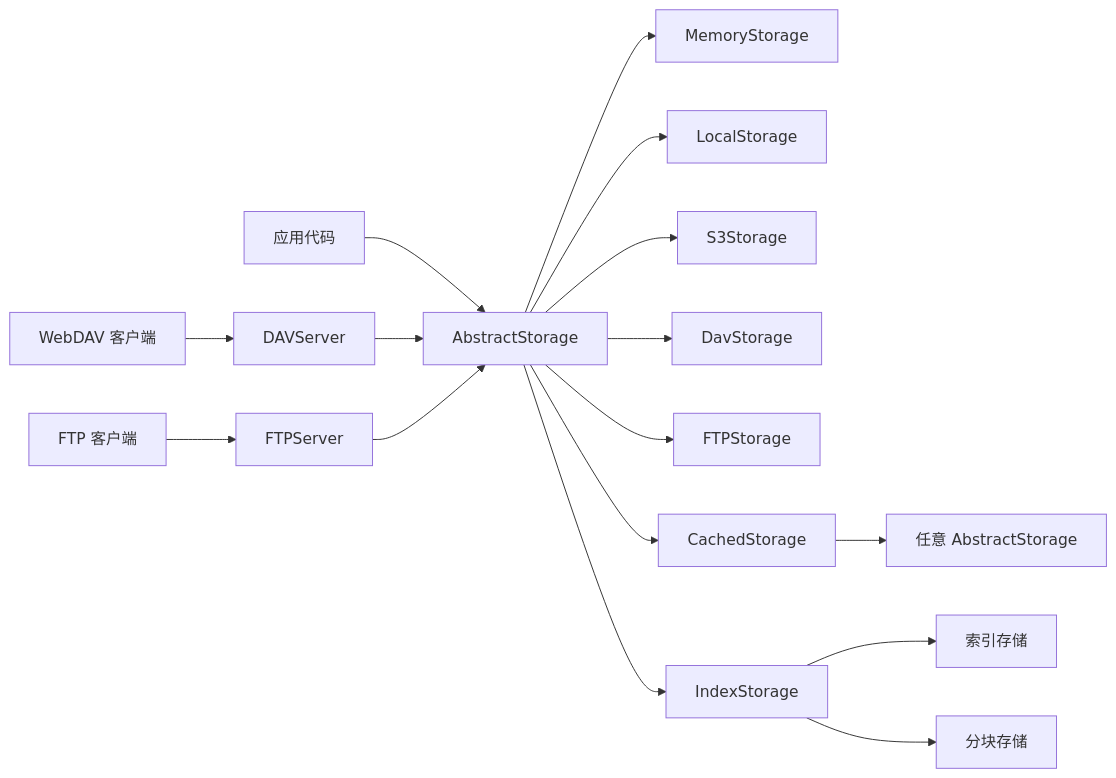
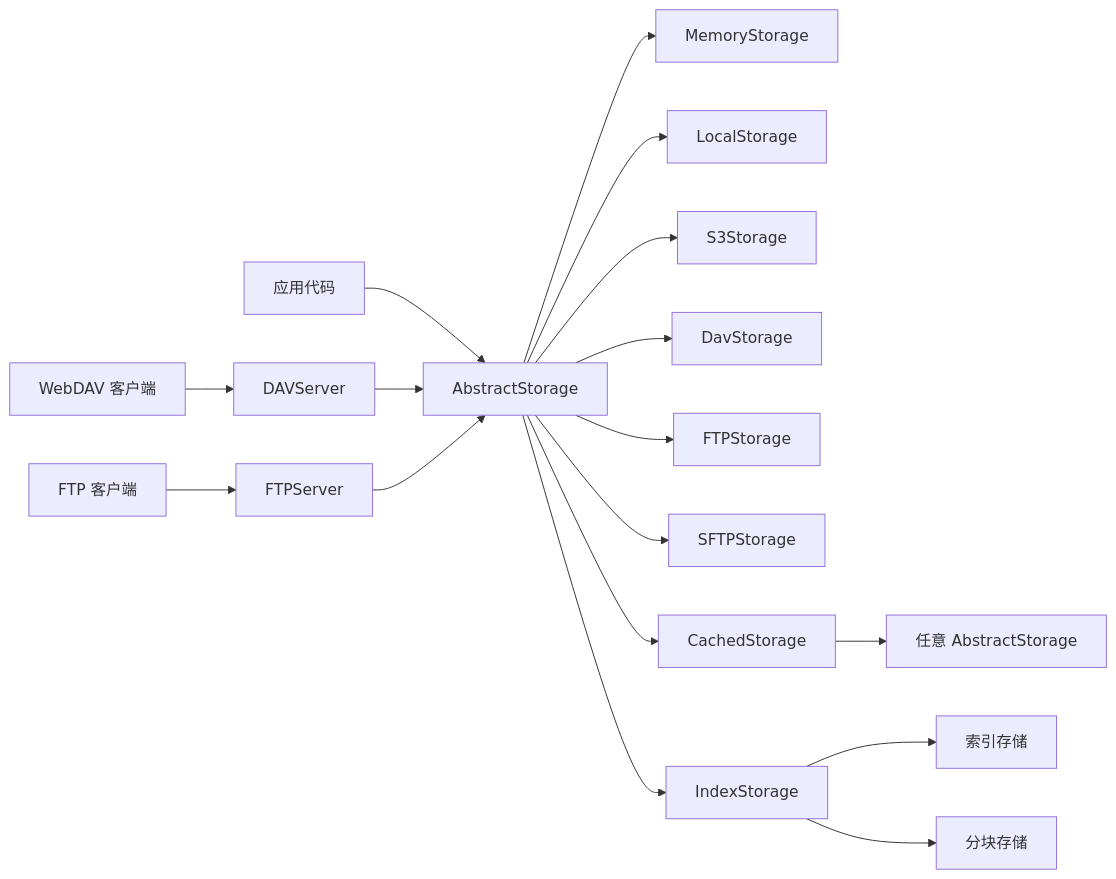
One commit to wyf7685/storegate changed the diagram in README.md. Above: the diagram before and after it, drawn with Mermaid. The commit also changed other lines of this file and 21 other files, not shown here.

Commit message:
feat(storage): add SFTP backend

````diff
--- a/README.md
+++ b/README.md
@@ -20,20 +20,21 @@
 ```mermaid
 flowchart LR
     Client[应用代码] --> Storage[AbstractStorage]
     DAVUser[WebDAV 客户端] --> DAVServer[DAVServer]
     FTPUser[FTP 客户端] --> FTPServer[FTPServer]
     DAVServer --> Storage
     FTPServer --> Storage
 
     Storage --> Memory[MemoryStorage]
     Storage --> Local[LocalStorage]
     Storage --> S3[S3Storage]
     Storage --> DAV[DavStorage]
     Storage --> FTP[FTPStorage]
+    Storage --> SFTP[SFTPStorage]
     Storage --> Cached[CachedStorage]
     Storage --> Index[IndexStorage]
 
     Cached --> Inner[任意 AbstractStorage]
     Index --> IndexMeta[索引存储]
     Index --> Chunks[分块存储]
 ```
````
